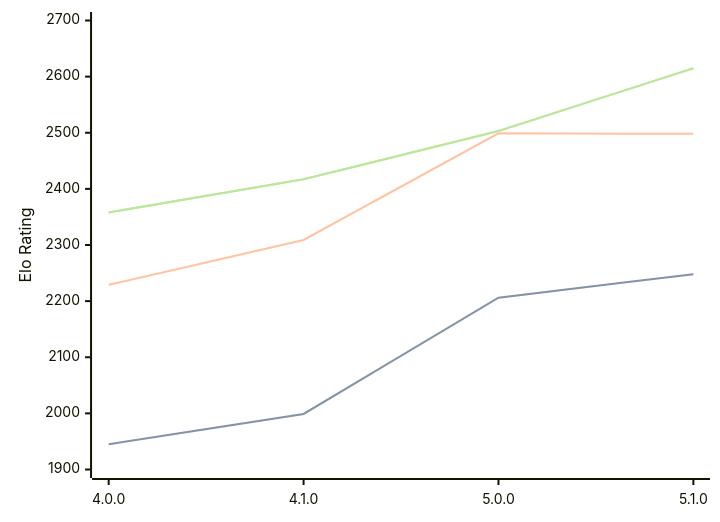
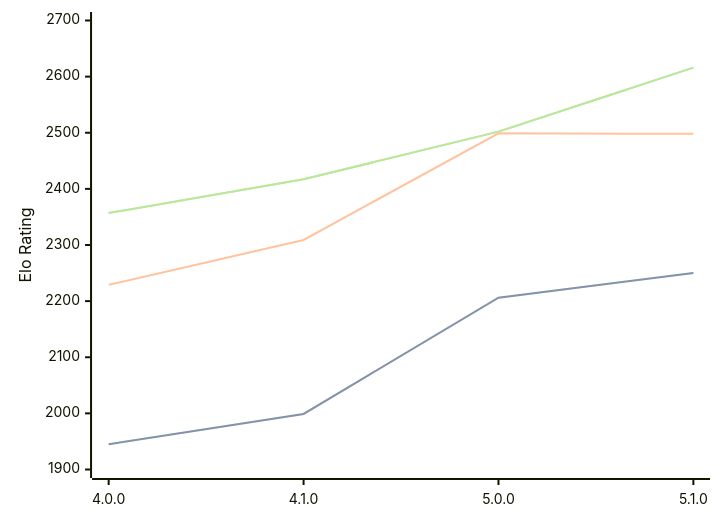
The diagram in engines/Aconcagua.md (computer-chess-index/cci), drawn with Mermaid before and after one commit. The commit also changed other lines of this file, not shown here.

Commit message:
Update CCI Ratings (ELO VLTC) - 2026-05-08

````diff
--- a/engines/Aconcagua.md
+++ b/engines/Aconcagua.md
@@ -43,11 +43,11 @@
 ```mermaid
 %%{init: {"theme":"base","themeVariables":{"seriesColors:['#a3a3a3','#222221','#faa371']}}}%%
 xychart-beta
   x-axis ["4.0.0", "4.1.0", "5.0.0", "5.1.0"]
   y-axis "Elo Rating" 1900 --> 2700
-  line "STC (8.0+0.08s)" [1945, 1999, 2206, 2248]
-  line "STC (8.0+0.08s)" [1945, 1999, 2206, 2248]
+  line "STC (8.0+0.08s)" [1945, 1999, 2206, 2250]
+  line "STC (8.0+0.08s)" [1945, 1999, 2206, 2250]
   line "LTC (60.0+0.60s)" [2229, 2309, 2499, 2498]
-  line "VLTC (2m24s+1.12s)" [2358, 2417, 2503, 2615]
-  line "VLTC (2m24s+1.12s)" [2358, 2417, 2503, 2615]
+  line "VLTC (2m24s+1.12s)" [2357, 2417, 2502, 2616]
+  line "VLTC (2m24s+1.12s)" [2357, 2417, 2502, 2616]
 ```
````
